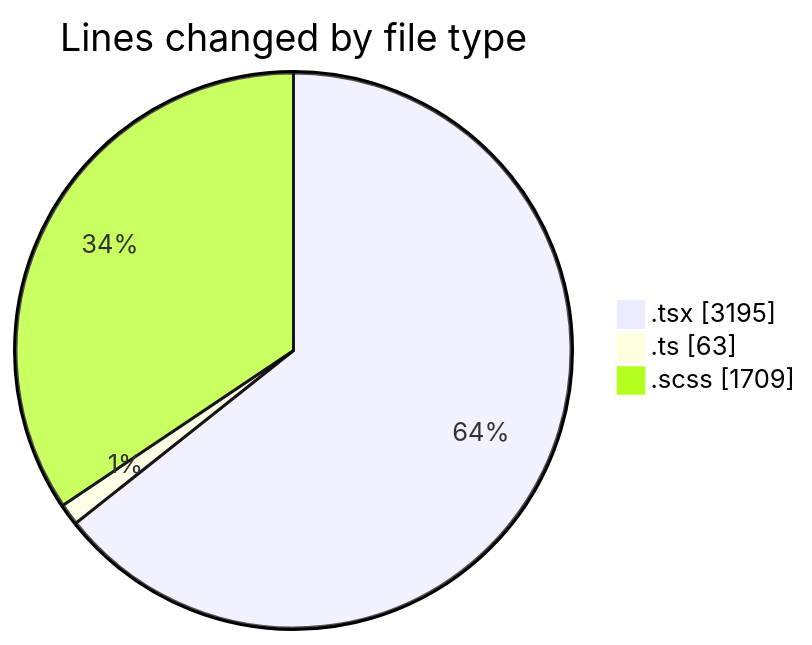
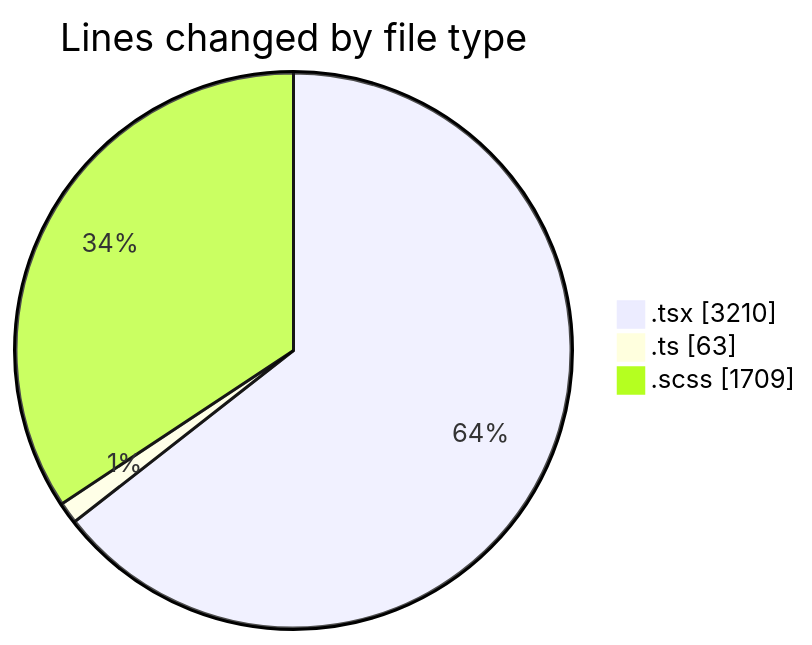
One commit to momahboobian/code-tracking changed the first of 2 diagrams in 2025-04-02/cda/README.md. Above: the diagram before and after it, drawn with Mermaid. The commit also changed other lines of this file and 1 other file, not shown here.

````diff
--- a/2025-04-02/cda/README.md
+++ b/2025-04-02/cda/README.md
@@ -30,7 +30,7 @@
 ```mermaid
 pie showData
 title Lines changed by file type
-".tsx" : 3195
+".tsx" : 3210
 ".ts" : 63
 ".scss" : 1709
 ```
````
